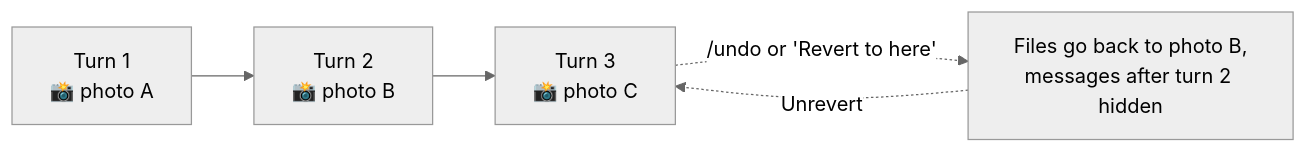
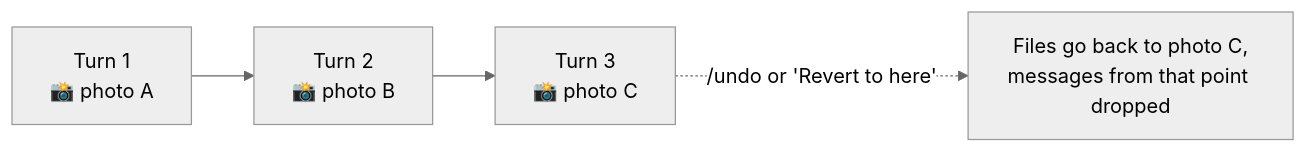
Before and after one commit to Ady-JK/paladin: diagram 12 of 18 in HOW-IT-WORKS.md, drawn with Mermaid (neutral theme). The commit also changed other lines of this file and 25 other files, not shown here.

Commit message:
feat(undo): one snapshot per user turn, exact restore, no per-call bracket or redo (0.8.25)

````diff
--- a/HOW-IT-WORKS.md
+++ b/HOW-IT-WORKS.md
@@ -524,6 +524,5 @@
 ```mermaid
 flowchart LR
     T1["Turn 1<br/>📸 photo A"] --> T2["Turn 2<br/>📸 photo B"] --> T3["Turn 3<br/>📸 photo C"]
-    T3 -. "/undo or 'Revert to here'" .-> Back["Files go back to photo B,<br/>messages after turn 2 hidden"]
-    Back -. "Unrevert" .-> T3
+    T3 -. "/undo or 'Revert to here'" .-> Back["Files go back to photo C,<br/>messages from that point dropped"]
 ```
````
